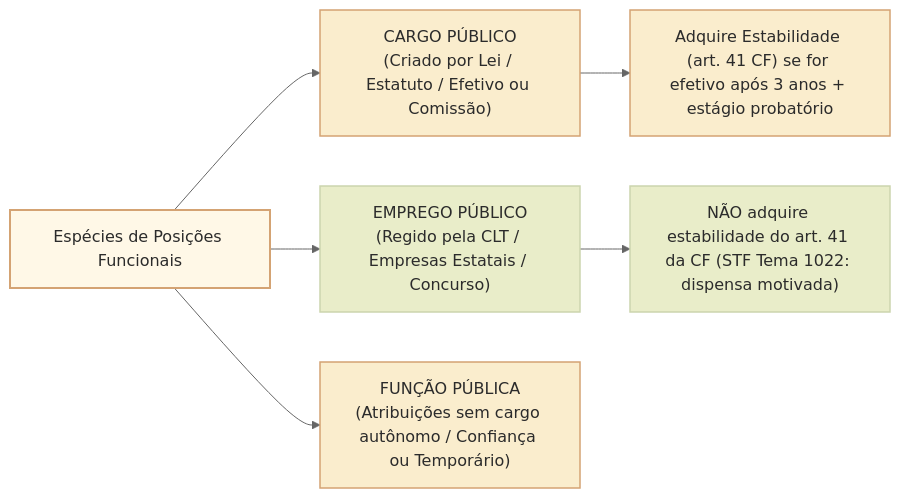
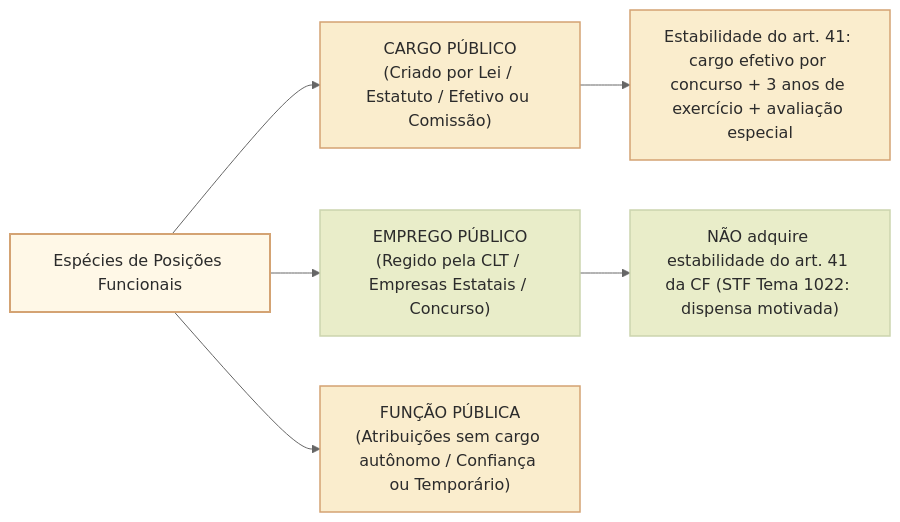
The second of 2 diagrams in 3 - Materias/Direito Administrativo/05 - agentes publicos.md (leorruas/concursos), drawn with Mermaid (neutral theme) before and after one commit. The commit also changed other lines of this file and 4 other files, not shown here.

````diff
--- a/3 - Materias/Direito Administrativo/05 - agentes publicos.md
+++ b/3 - Materias/Direito Administrativo/05 - agentes publicos.md
@@ -80,15 +82,15 @@
 ```mermaid
 flowchart LR
     classDef raiz fill:#fff8e7,stroke:#d4a373,stroke-width:2px,color:#2b2b2b;
     classDef cargo fill:#faedcd,stroke:#d4a373,stroke-width:1.5px,color:#2b2b2b;
     classDef emprego fill:#e9edc9,stroke:#ccd5ae,stroke-width:1.5px,color:#2b2b2b;
 
     A["Espécies de Posições Funcionais"]:::raiz
 
     A --> B["CARGO PÚBLICO<br/>(Criado por Lei / Estatuto / Efetivo ou Comissão)"]:::cargo
     A --> C["EMPREGO PÚBLICO<br/>(Regido pela CLT / Empresas Estatais / Concurso)"]:::emprego
     A --> D["FUNÇÃO PÚBLICA<br/>(Atribuições sem cargo autônomo / Confiança ou Temporário)"]:::cargo
 
-    B --> B1["Adquire Estabilidade (art. 41 CF) se for efetivo após 3 anos + estágio probatório"]:::cargo
+    B --> B1["Estabilidade do art. 41: cargo efetivo por concurso + 3 anos de exercício + avaliação especial"]:::cargo
     C --> C1["NÃO adquire estabilidade do art. 41 da CF (STF Tema 1022: dispensa motivada)"]:::emprego
 ```
````
